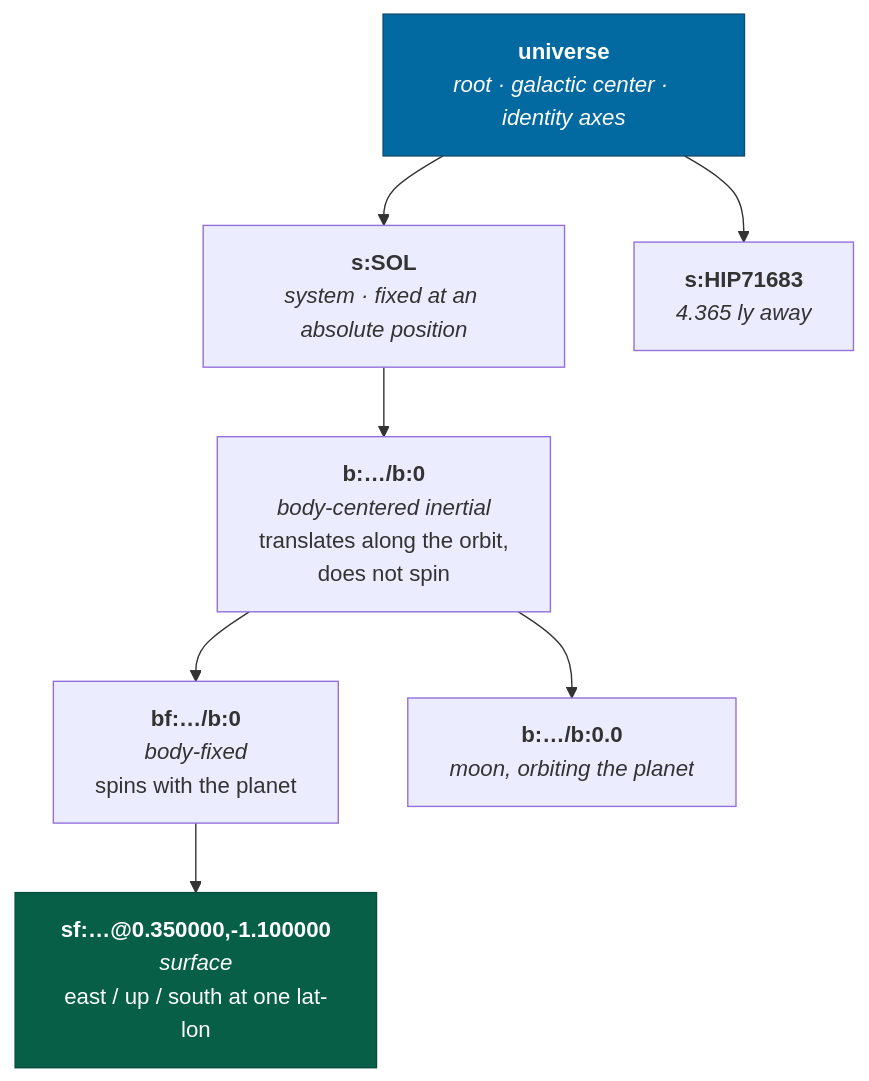
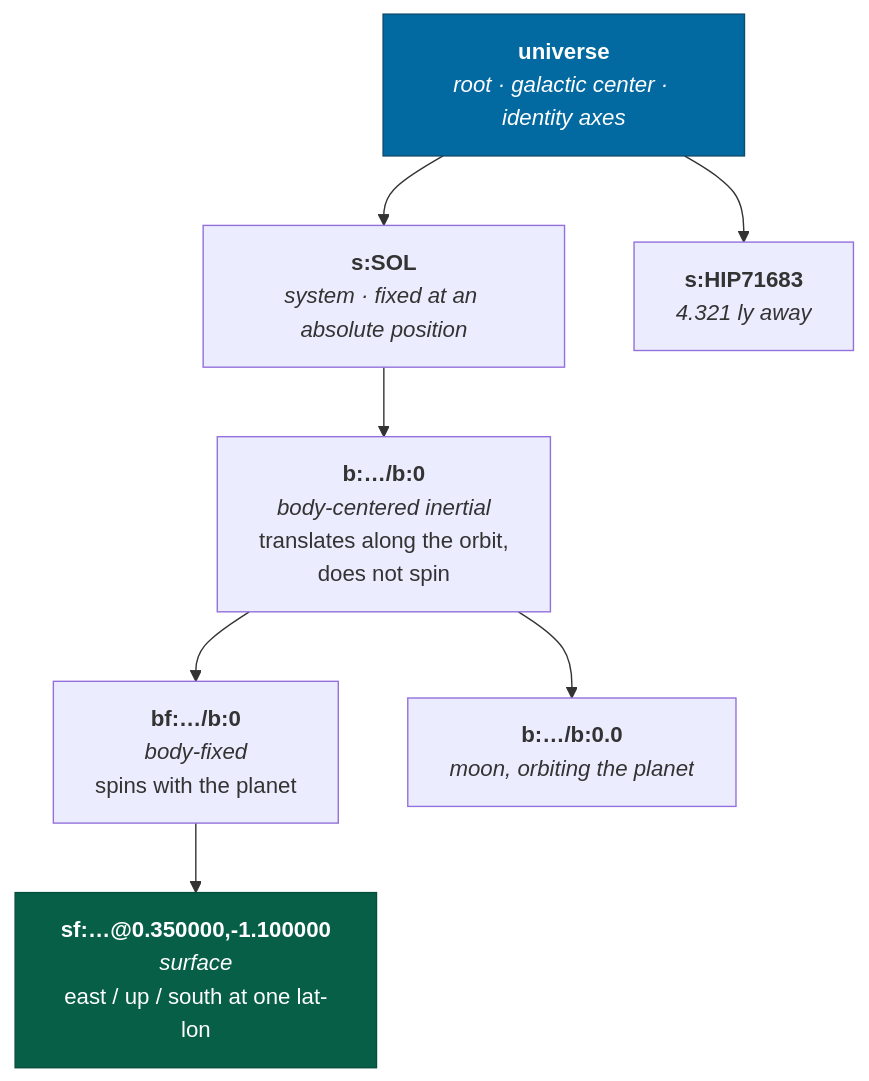
Before and after one commit to jonjaques/inertialref: the first of 4 diagrams in docs/concepts/frames.md, drawn with Mermaid. The commit also changed 125 other files, not shown here.

````diff
--- a/docs/concepts/frames.md
+++ b/docs/concepts/frames.md
@@ -35,20 +35,20 @@
 ```mermaid
 flowchart TB
     ROOT["<b>universe</b><br/><i>root · galactic center · identity axes</i>"]
     SYS["<b>s:SOL</b><br/><i>system · fixed at an absolute position</i>"]
-    SYS2["<b>s:HIP71683</b><br/><i>4.365 ly away</i>"]
+    SYS2["<b>s:HIP71683</b><br/><i>4.321 ly away</i>"]
     BODY["<b>b:…/b:0</b><br/><i>body-centered inertial</i><br/>translates along the orbit,<br/>does not spin"]
     BF["<b>bf:…/b:0</b><br/><i>body-fixed</i><br/>spins with the planet"]
     SF["<b>sf:…@0.350000,-1.100000</b><br/><i>surface</i><br/>east / up / south at one lat-lon"]
     MOON["<b>b:…/b:0.0</b><br/><i>moon, orbiting the planet</i>"]
 
     ROOT --> SYS
     ROOT --> SYS2
     SYS --> BODY
     BODY --> BF
     BODY --> MOON
     BF --> SF
 
     style ROOT fill:#0369a1,stroke:#0c4a6e,color:#fff
     style SF fill:#065f46,stroke:#064e3b,color:#fff
 ```
````
